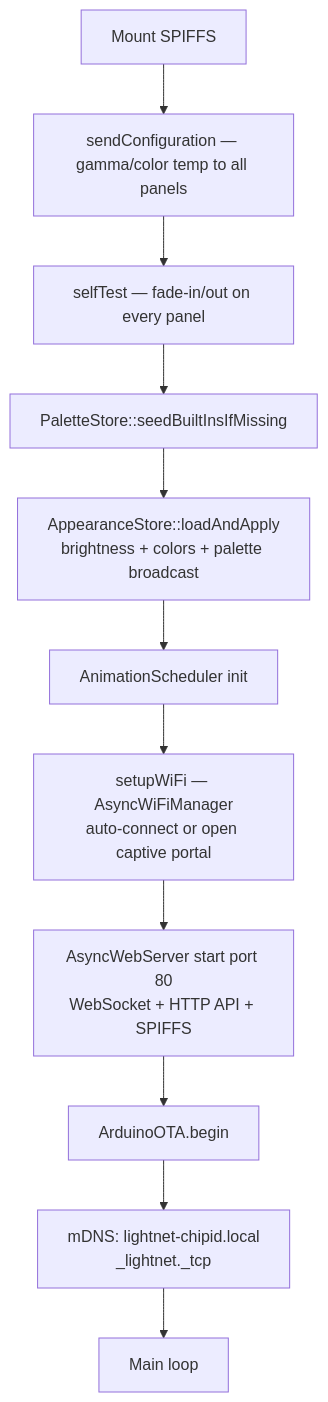
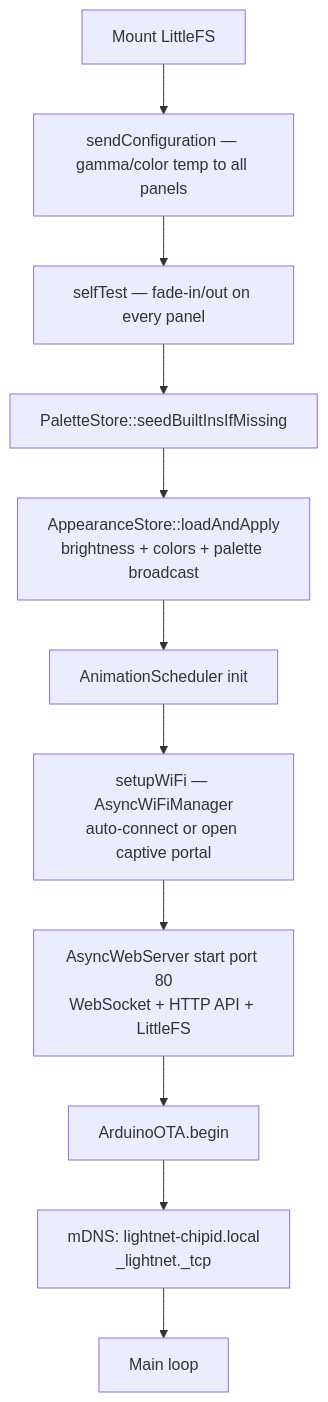
The fourth of 4 diagrams in docs/architecture.md (przemczan/lightnet-firmware), drawn with Mermaid before and after one commit. The commit also changed other lines of this file and 41 other files, not shown here.

Commit message:
SPIFFS=>LittleFs, fix panels http api

````diff
--- a/docs/architecture.md
+++ b/docs/architecture.md
@@ -277,13 +277,13 @@
 ```mermaid
 flowchart TD
-  A[Mount SPIFFS] --> B[sendConfiguration — gamma/color temp to all panels]
+  A[Mount LittleFS] --> B[sendConfiguration — gamma/color temp to all panels]
   B --> C[selfTest — fade-in/out on every panel]
   C --> D[PaletteStore::seedBuiltInsIfMissing]
   D --> E[AppearanceStore::loadAndApply\nbrightness + colors + palette broadcast]
   E --> F[AnimationScheduler init]
   F --> G[setupWiFi — AsyncWiFiManager\nauto-connect or open captive portal]
-  G --> H[AsyncWebServer start port 80\nWebSocket + HTTP API + SPIFFS]
+  G --> H[AsyncWebServer start port 80\nWebSocket + HTTP API + LittleFS]
   H --> I[ArduinoOTA.begin]
   I --> J[mDNS: lightnet-chipid.local\n_lightnet._tcp]
   J --> K[Main loop]
 ```
````
